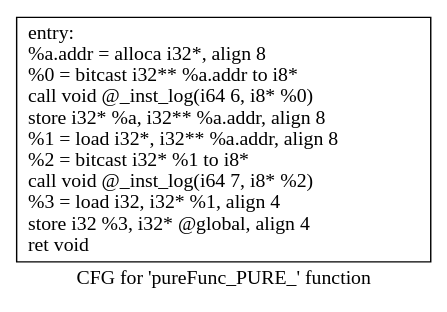
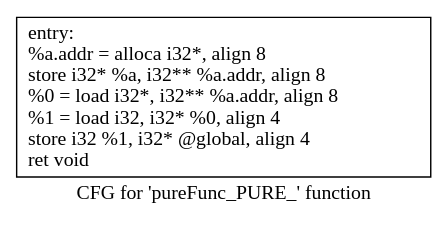
One commit to mattqemo/eecs583fp changed the diagram in 583simple/.pureFunc_PURE_.dot. Above: the diagram before and after it, drawn with Graphviz. The commit also changed 30 other files, not shown here.

```diff
--- a/583simple/.pureFunc_PURE_.dot
+++ b/583simple/.pureFunc_PURE_.dot
@@ -1,5 +1,5 @@
 digraph "CFG for 'pureFunc_PURE_' function" {
 	label="CFG for 'pureFunc_PURE_' function";
 
-	Node0x55da294df080 [shape=record,label="{entry:\l  %a.addr = alloca i32*, align 8\l  %0 = bitcast i32** %a.addr to i8*\l  call void @_inst_log(i64 6, i8* %0)\l  store i32* %a, i32** %a.addr, align 8\l  %1 = load i32*, i32** %a.addr, align 8\l  %2 = bitcast i32* %1 to i8*\l  call void @_inst_log(i64 7, i8* %2)\l  %3 = load i32, i32* %1, align 4\l  store i32 %3, i32* @global, align 4\l  ret void\l}"];
+	Node0x55c3a360a060 [shape=record,label="{entry:\l  %a.addr = alloca i32*, align 8\l  store i32* %a, i32** %a.addr, align 8\l  %0 = load i32*, i32** %a.addr, align 8\l  %1 = load i32, i32* %0, align 4\l  store i32 %1, i32* @global, align 4\l  ret void\l}"];
 }
```
